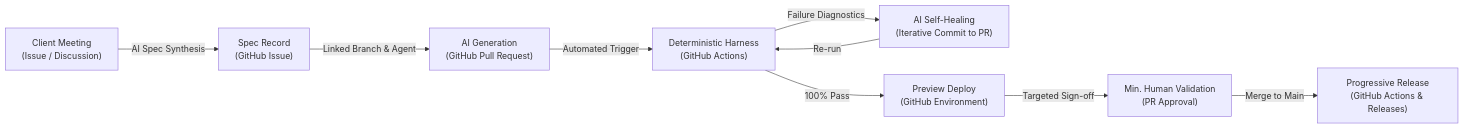
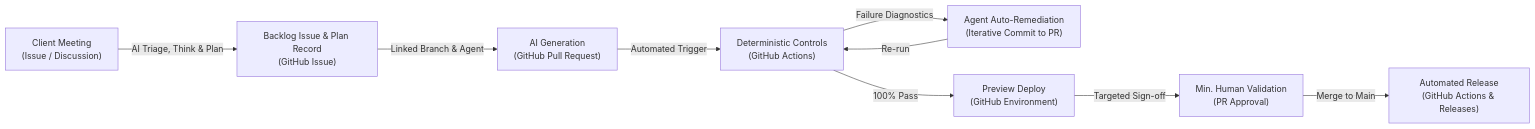
Before and after one commit to ALTEN-group/agentic-software-factory: the diagram in website/docs/guide/tooling.md, drawn with Mermaid. The commit also changed other lines of this file and 34 other files, not shown here.

````diff
--- a/website/docs/guide/tooling.md
+++ b/website/docs/guide/tooling.md
@@ -45,14 +46,14 @@
 ```mermaid
 ---
 caption: Unbroken AI context chain in a unified GitHub ecosystem
 ---
 flowchart LR
-    MEET["Client Meeting<br>(Issue / Discussion)"] -->|AI Spec Synthesis| INTENT["Spec Record<br>(GitHub Issue)"]
+    MEET["Client Meeting<br>(Issue / Discussion)"] -->|AI Triage, Think & Plan| INTENT["Backlog Issue & Plan Record<br>(GitHub Issue)"]
     INTENT -->|Linked Branch & Agent| PR["AI Generation<br>(GitHub Pull Request)"]
-    PR -->|Automated Trigger| CI["Deterministic Harness<br>(GitHub Actions)"]
-    CI -->|Failure Diagnostics| SH["AI Self-Healing<br>(Iterative Commit to PR)"]
+    PR -->|Automated Trigger| CI["Deterministic Controls<br>(GitHub Actions)"]
+    CI -->|Failure Diagnostics| SH["Agent Auto-Remediation<br>(Iterative Commit to PR)"]
     SH -->|Re-run| CI
     CI -->|100% Pass| PREVIEW["Preview Deploy<br>(GitHub Environment)"]
     PREVIEW -->|Targeted Sign-off| MHV["Min. Human Validation<br>(PR Approval)"]
-    MHV -->|Merge to Main| REL["Progressive Release<br>(GitHub Actions & Releases)"]
+    MHV -->|Merge to Main| REL["Automated Release<br>(GitHub Actions & Releases)"]
 ```
````
